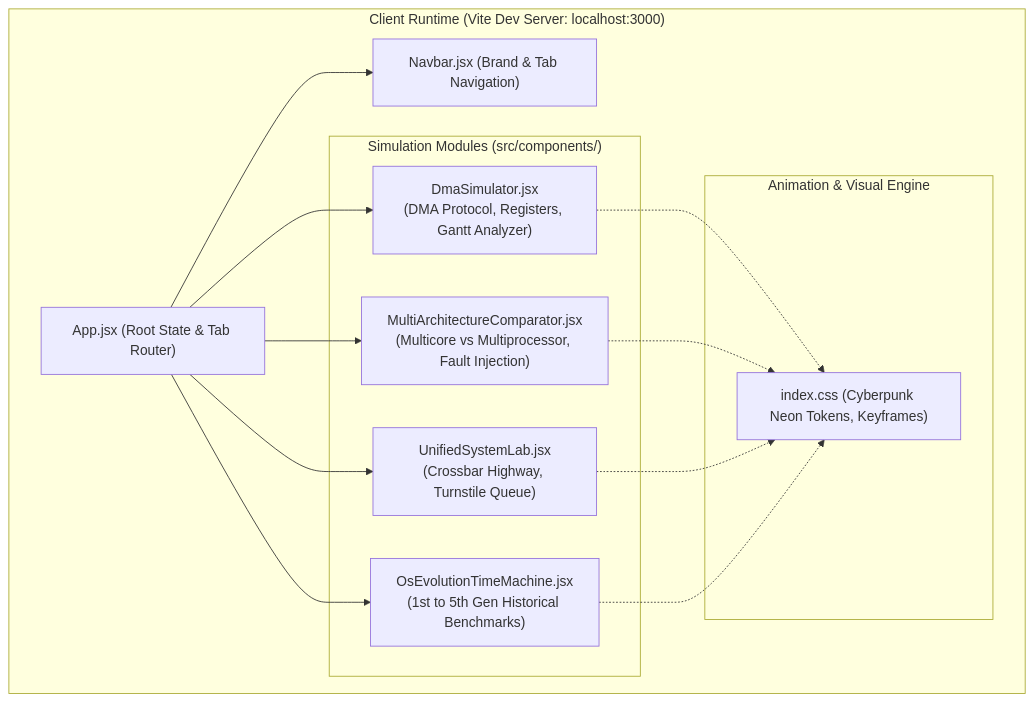
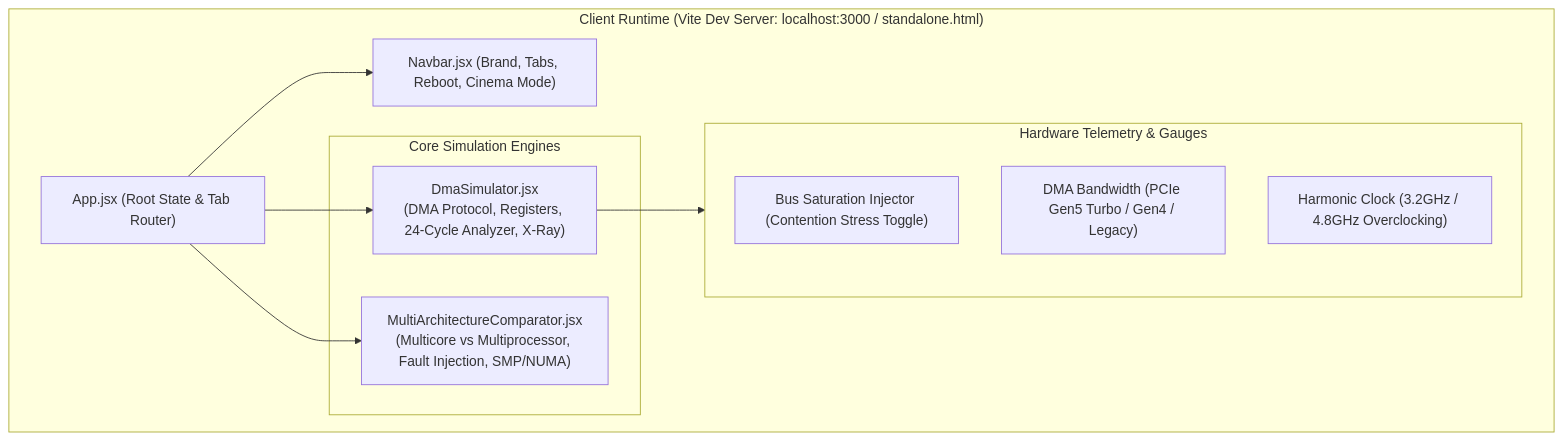
Before and after one commit to SmoothnOperator/OS-Visual-Simulation: the second of 2 diagrams in FACULTY_SUBMISSION_REPORT.md, drawn with Mermaid. The commit also changed other lines of this file and 3 other files, not shown here.

Commit message:
docs: update academic submission report and viva presentation guides with 24-cycle oscilloscope, interactive HUD gauges, and silicon X-ray

````diff
--- a/FACULTY_SUBMISSION_REPORT.md
+++ b/FACULTY_SUBMISSION_REPORT.md
@@ -156,28 +153,23 @@
 ```mermaid
 flowchart TD
-  subgraph Client_Browser ["Client Runtime (Vite Dev Server: localhost:3000)"]
+  subgraph Client_Browser ["Client Runtime (Vite Dev Server: localhost:3000 / standalone.html)"]
     App["App.jsx (Root State & Tab Router)"]
-    Nav["Navbar.jsx (Brand & Tab Navigation)"]
+    Nav["Navbar.jsx (Brand, Tabs, Reboot, Cinema Mode)"]
 
-    subgraph Simulation_Modules ["Simulation Modules (src/components/)"]
-      M1["DmaSimulator.jsx<br/>(DMA Protocol, Registers, Gantt Analyzer)"]
-      M2["MultiArchitectureComparator.jsx<br/>(Multicore vs Multiprocessor, Fault Injection)"]
-      M3["UnifiedSystemLab.jsx<br/>(Crossbar Highway, Turnstile Queue)"]
-      M4["OsEvolutionTimeMachine.jsx<br/>(1st to 5th Gen Historical Benchmarks)"]
+    subgraph Simulation_Modules ["Core Simulation Engines"]
+      M1["DmaSimulator.jsx<br/>(DMA Protocol, Registers, 24-Cycle Analyzer, X-Ray)"]
+      M2["MultiArchitectureComparator.jsx<br/>(Multicore vs Multiprocessor, Fault Injection, SMP/NUMA)"]
     end
 
-    subgraph Styling_Engine ["Animation & Visual Engine"]
-      CSS["index.css (Cyberpunk Neon Tokens, Keyframes)"]
+    subgraph Hardware_HUD ["Hardware Telemetry & Gauges"]
+      G1["Bus Saturation Injector (Contention Stress Toggle)"]
+      G2["DMA Bandwidth (PCIe Gen5 Turbo / Gen4 / Legacy)"]
+      G3["Harmonic Clock (3.2GHz / 4.8GHz Overclocking)"]
     end
 
     App --> Nav
     App --> M1
     App --> M2
-    App --> M3
-    App --> M4
-    M1 -.-> CSS
-    M2 -.-> CSS
-    M3 -.-> CSS
-    M4 -.-> CSS
+    M1 --> Hardware_HUD
   end
 ```
````
